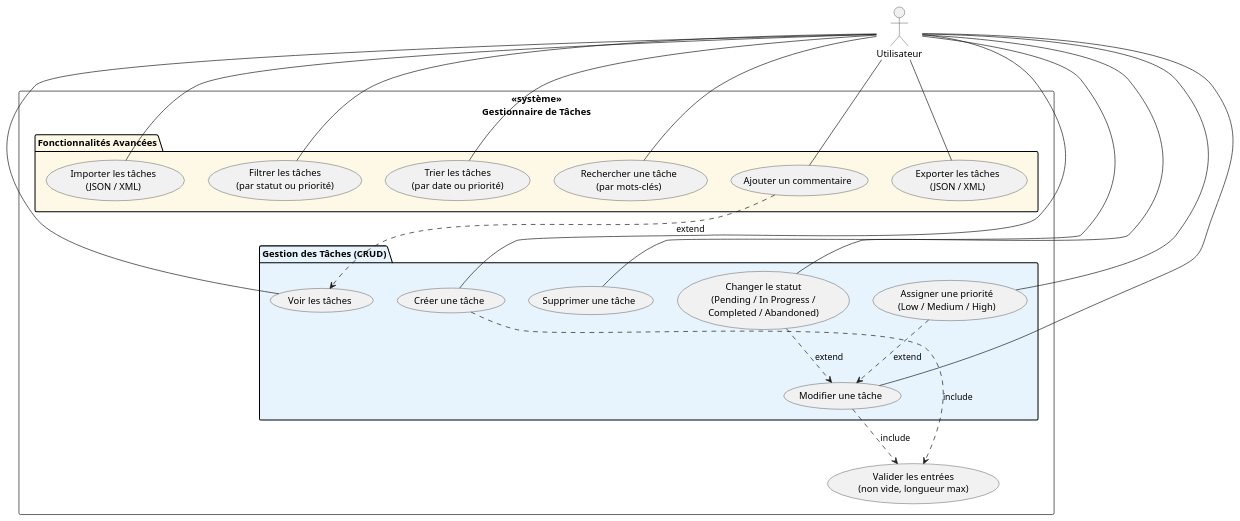
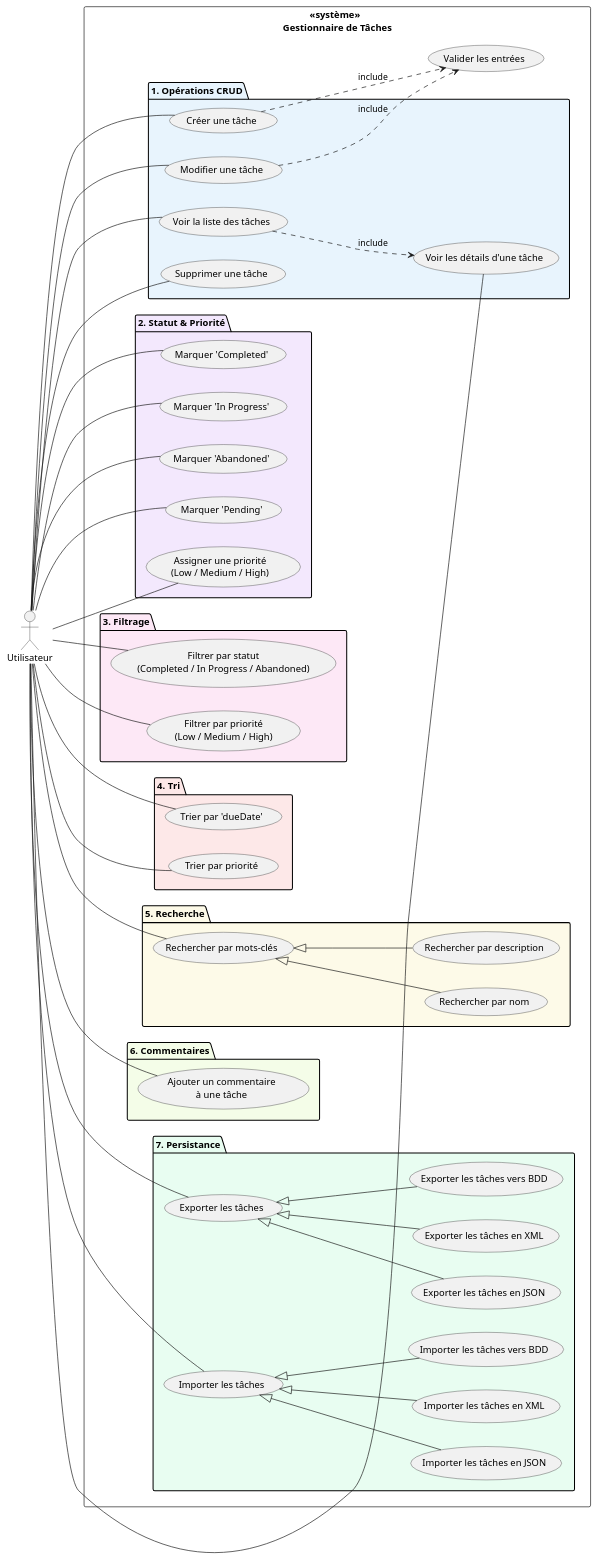
The diagram in use_case_diagram.puml (Julien3556/Gestionnaire_de_taches), drawn with PlantUML before and after one commit. The commit also changed 1 other file, not shown here.

```diff
--- a/use_case_diagram.puml
+++ b/use_case_diagram.puml
@@ -1,49 +1,99 @@
 @startuml DiagrammeCasUtilisation
+left to right direction
 
 actor "Utilisateur" as User
 
-rectangle "«système»\nGestionnaire de Tâches" {
+rectangle "«système»  \nGestionnaire de Tâches" {
 
-    package "Gestion des Tâches (CRUD)" #E8F4FD {
-        usecase "Créer une tâche"       as G1
-        usecase "Voir les tâches"       as G2
-        usecase "Modifier une tâche"    as G3
-        usecase "Supprimer une tâche"   as G4
-        usecase "Changer le statut\n(Pending / In Progress /\nCompleted / Abandoned)" as G5
-        usecase "Assigner une priorité\n(Low / Medium / High)" as G6
+    package "1. Opérations CRUD" #E8F4FD{
+        usecase "Créer une tâche"              as UC_Create
+        usecase "Voir la liste des tâches"     as UC_ReadList
+        usecase "Voir les détails d'une tâche" as UC_ReadOne
+        usecase "Modifier une tâche"           as UC_Update
+        usecase "Supprimer une tâche"          as UC_Delete
     }
 
-    package "Fonctionnalités Avancées" #FEF9E7 {
-        usecase "Filtrer les tâches\n(par statut ou priorité)" as F1
-        usecase "Trier les tâches\n(par date ou priorité)"     as F2
-        usecase "Rechercher une tâche\n(par mots-clés)"        as F3
-        usecase "Ajouter un commentaire"                        as F4
-        usecase "Exporter les tâches\n(JSON / XML)"            as F5
-        usecase "Importer les tâches\n(JSON / XML)"            as F6
+    package "2. Statut & Priorité" #f3e8fd{
+        usecase "Marquer 'Completed'"   as UC_Completed
+        usecase "Marquer 'In Progress'" as UC_InProgress
+        usecase "Marquer 'Abandoned'"   as UC_Abandoned
+        usecase "Marquer 'Pending'"     as UC_Pending
+        usecase "Assigner une priorité\n(Low / Medium / High)" as UC_Priority
     }
 
-    usecase "Valider les entrées\n(non vide, longueur max)" as A1
+    package "3. Filtrage" #fde8f6{
+        usecase "Filtrer par statut\n(Completed / In Progress / Abandoned)" as UC_FilterStatus
+        usecase "Filtrer par priorité\n(Low / Medium / High)"                as UC_FilterPriority
+    }
+
+    package "4. Tri" #fde8e8{
+        usecase "Trier par 'dueDate'"  as UC_SortDate
+        usecase "Trier par priorité" as UC_SortPriority
+    }
+
+    package "5. Recherche" #fdfae8{
+        usecase "Rechercher par mots-clés" as UC_Search
+        usecase "Rechercher par nom" as UC_Search_Name
+        usecase "Rechercher par description" as UC_Search_Description
+    }
+
+    package "6. Commentaires" #f4fde8{
+        usecase "Ajouter un commentaire\nà une tâche" as UC_Comment
+    }
+
+    package "7. Persistance" #e8fdf1{
+        usecase "Exporter les tâches" as UC_Export
+        usecase "Exporter les tâches en JSON" as UC_Export_JSON
+        usecase "Exporter les tâches en XML" as UC_Export_XML
+        usecase "Exporter les tâches vers BDD" as UC_Export_BDD
+
+        usecase "Importer les tâches" as UC_Import
+        usecase "Importer les tâches en JSON" as UC_Import_JSON
+        usecase "Importer les tâches en XML" as UC_Import_XML
+        usecase "Importer les tâches vers BDD" as UC_Import_BDD
+    }
+
+    usecase "Valider les entrées" as UC_Validate
 }
 
-User -- G1
-User -- G2
-User -- G3
-User -- G4
-User -- G5
-User -- G6
-User -- F1
-User -- F2
-User -- F3
-User -- F4
-User -- F5
-User -- F6
+User -- UC_Create
+User -- UC_ReadList
+User -- UC_ReadOne
+User -- UC_Update
+User -- UC_Delete
 
-G1  ..> A1 : «include»
-G3  ..> A1 : «include»
+User -- UC_Completed
+User -- UC_InProgress
+User -- UC_Abandoned
+User -- UC_Pending
+User -- UC_Priority
 
-G5   ..> G3  : «extend»
-G6 ..> G3  : «extend»
-F4  ..> G2    : «extend»
+User -- UC_FilterStatus
+User -- UC_FilterPriority
+
+User -- UC_SortDate
+User -- UC_SortPriority
+
+User -- UC_Search
+UC_Search <|-- UC_Search_Name
+UC_Search <|-- UC_Search_Description
+
+User -- UC_Comment
+
+User -- UC_Export
+UC_Export <|-- UC_Export_JSON
+UC_Export <|-- UC_Export_XML
+UC_Export <|-- UC_Export_BDD
+
+User -- UC_Import
+UC_Import <|-- UC_Import_JSON
+UC_Import <|-- UC_Import_XML
+UC_Import <|-- UC_Import_BDD
+
+UC_Create  ..> UC_Validate : «include»
+UC_Update  ..> UC_Validate : «include»
+
+UC_ReadList ..> UC_ReadOne : «include»
 
 
 @enduml
```
